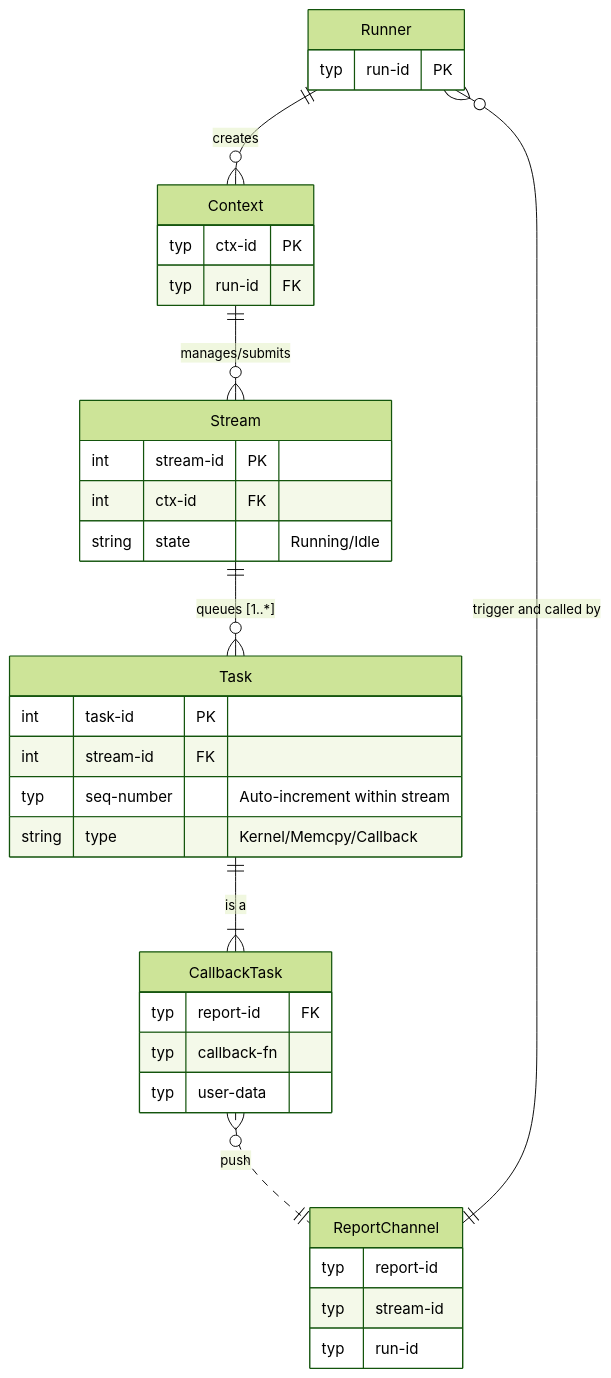
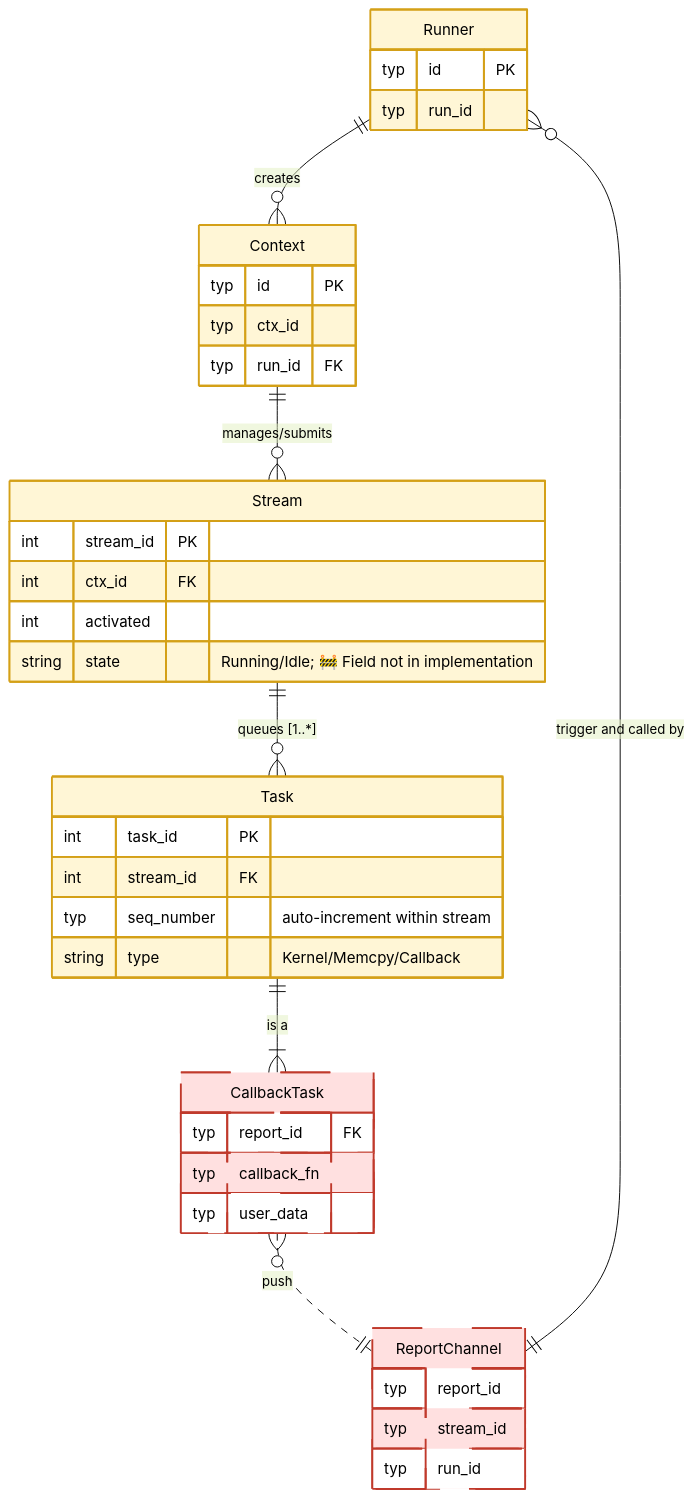
Before and after one commit to Fengfengst123/hcomm-mirror: diagram 17 of 19 in test/hccl_vm/docs/simulator_runner_data_model_en.md, drawn with Mermaid (forest theme). The commit also changed other lines of this file and 701 other files, not shown here.

````diff
--- a/test/hccl_vm/docs/simulator_runner_data_model_en.md
+++ b/test/hccl_vm/docs/simulator_runner_data_model_en.md
@@ -1581,49 +1894,60 @@
 ```mermaid
 erDiagram
     Runner ||--o{ Context: "creates"
     Runner {
-        typ run-id PK
+        typ id PK
+        typ run_id
     }
 
     Context {
-        typ ctx-id PK
-        typ run-id FK
+        typ id PK
+        typ ctx_id
+        typ run_id FK
     }
 
     Stream {
-        int stream-id PK
-        int ctx-id FK
-        string state "Running/Idle"
+        int stream_id PK
+        int ctx_id FK
+        int activated
+        string state "Running/Idle; 🚧 Field not in implementation"
     }
+    %% Implementation has no state field; running state expressed by activated/capture_status/task_complete_status
 
     %% Stream contains an ordered task list
     Context ||--o{ Stream : "manages/submits"
     Stream ||--o{ Task : "queues [1..*]"
 
     Task {
-        int task-id PK
-        int stream-id FK
-        typ seq-number "Auto-increment within stream"
+        int task_id PK
+        int stream_id FK
+        typ seq_number "auto-increment within stream"
         string type "Kernel/Memcpy/Callback"
     }
 
-    %% Various concrete Task types (logical inheritance)
+    %% Various specific Task types (logical inheritance)
     CallbackTask {
-        typ report-id FK
-        typ callback-fn
-        typ user-data
-    }  
+        typ report_id FK
+        typ callback_fn
+        typ user_data
+    }
 
-    %% Inheritance expression (Task has multiple subtypes)
+    %% Logical expression of inheritance (Task has multiple types)
+    %% 🧠 Process-private candidate: Context / Stream / Task (only accessed by src/proxy)
+    %% CallbackTask distinguished by Task.type (implementation only creates Task table)
     Task ||--|{ CallbackTask : "is a"
 
     ReportChannel {
-        typ report-id
-        typ stream-id
-        typ run-id
-    }  
+        typ report_id
+        typ stream_id
+        typ run_id
+    }
 
-    CallbackTask }o ..|| ReportChannel : "push"  
+    CallbackTask }o..|| ReportChannel : "push"
     ReportChannel ||--o{ Runner : "trigger and called by"
 
+    classDef unimplemented fill:#ffe0e0,stroke:#c0392b,stroke-width:2px,stroke-dasharray:5 3
+    classDef inproc fill:#fff6d6,stroke:#d4a017,stroke-width:2px
+    class CallbackTask,ReportChannel unimplemented
+    class Runner,Context,Stream,Task inproc
+
 ```
````
